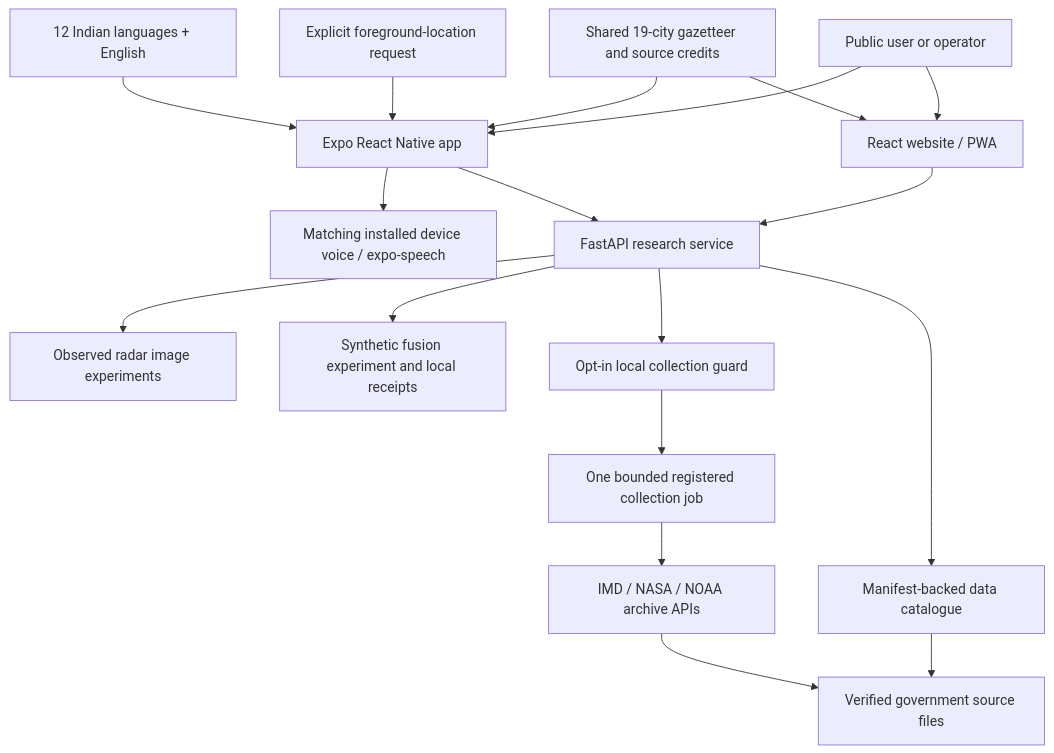
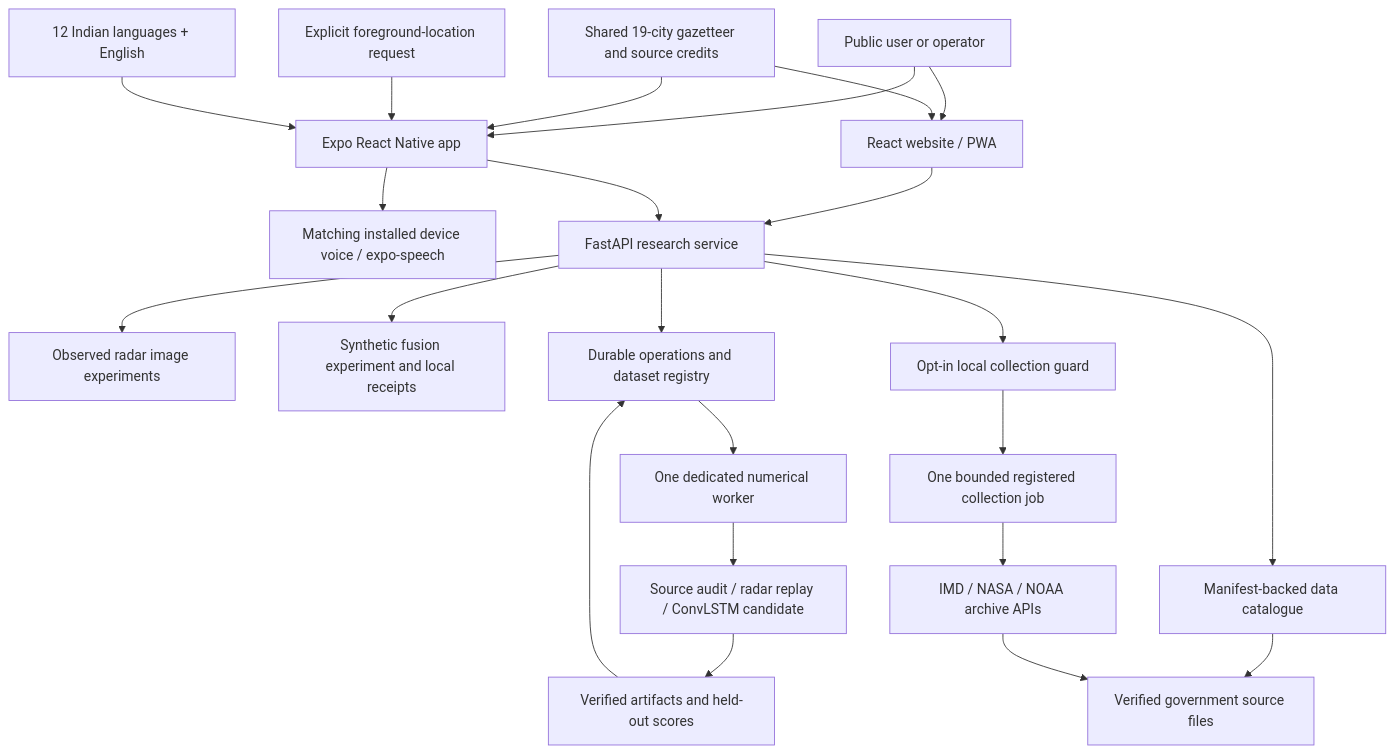
Before and after one commit to omansharora5/ps_2: the first of 3 diagrams in docs/IMPLEMENTED_SYSTEM.md, drawn with Mermaid. The commit also changed other lines of this file and 60 other files, not shown here.

Commit message:
Connect durable research operations, training worker and client monitors

````diff
--- a/docs/IMPLEMENTED_SYSTEM.md
+++ b/docs/IMPLEMENTED_SYSTEM.md
@@ -9,20 +11,25 @@
 ```mermaid
 flowchart TD
     Person[Public user or operator] --> Web[React website / PWA]
     Person --> Native[Expo React Native app]
     Places[Shared 19-city gazetteer and source credits] --> Web
     Places --> Native
     GPS[Explicit foreground-location request] --> Native
     Locales[12 Indian languages + English] --> Native
     Native --> Speech[Matching installed device voice / expo-speech]
     Web --> API[FastAPI research service]
     Native --> API
     API --> Images[Observed radar image experiments]
     API --> Simulation[Synthetic fusion experiment and local receipts]
     API --> Catalog[Manifest-backed data catalogue]
+    API --> Ledger[Durable operations and dataset registry]
+    Ledger --> Worker[One dedicated numerical worker]
+    Worker --> Experiments[Source audit / radar replay / ConvLSTM candidate]
+    Experiments --> Evidence[Verified artifacts and held-out scores]
+    Evidence --> Ledger
     Catalog --> Files[Verified government source files]
     API --> Guard[Opt-in local collection guard]
     Guard --> Queue[One bounded registered collection job]
     Queue --> Providers[IMD / NASA / NOAA archive APIs]
     Providers --> Files
 ```
````
